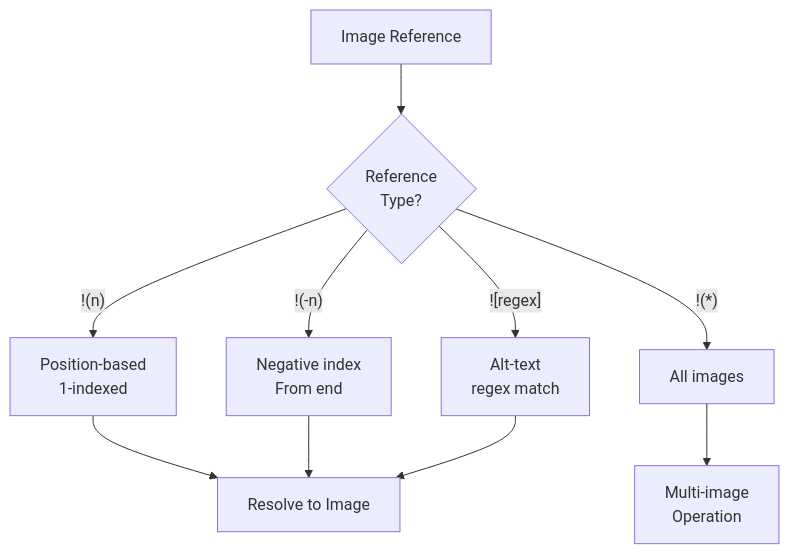
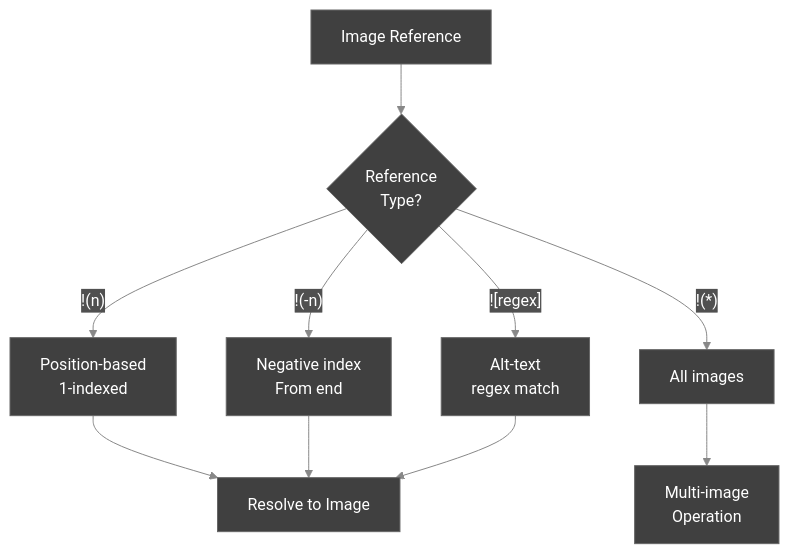
Before and after one commit to visionik/sedmat: the fifth of 8 diagrams in README.md, drawn with Mermaid. The commit also changed other lines of this file, not shown here.

First line of the commit message:
fix: escape special chars in Mermaid diagrams and apply dark theme

````diff
--- a/README.md
+++ b/README.md
@@ -284,13 +288,14 @@
 ```mermaid
+%%{init: {'theme': 'base', 'themeVariables': { 'primaryColor': '#404040', 'primaryTextColor': '#ffffff', 'primaryBorderColor': '#666666', 'lineColor': '#888888', 'secondaryColor': '#505050', 'tertiaryColor': '#333333', 'background': '#1a1a1a' }}}%%
 graph TB
     REF["Image Reference"] --> TYPE{Reference<br/>Type?}
-    TYPE -->|"!(n)"| POS[Position-based<br/>1-indexed]
-    TYPE -->|"!(-n)"| NEG[Negative index<br/>From end]
-    TYPE -->|"!(*)"| ALL[All images]
-    TYPE -->|"![regex]"| ALT[Alt-text<br/>regex match]
+    TYPE -->|"!#40;n#41;"| POS[Position-based<br/>1-indexed]
+    TYPE -->|"!#40;-n#41;"| NEG[Negative index<br/>From end]
+    TYPE -->|"!#40;*#41;"| ALL[All images]
+    TYPE -->|"!#91;regex#93;"| ALT[Alt-text<br/>regex match]
     
     POS --> RESOLVE[Resolve to Image]
     NEG --> RESOLVE
     ALL --> MULTI[Multi-image<br/>Operation]
     ALT --> RESOLVE
 ```
````
